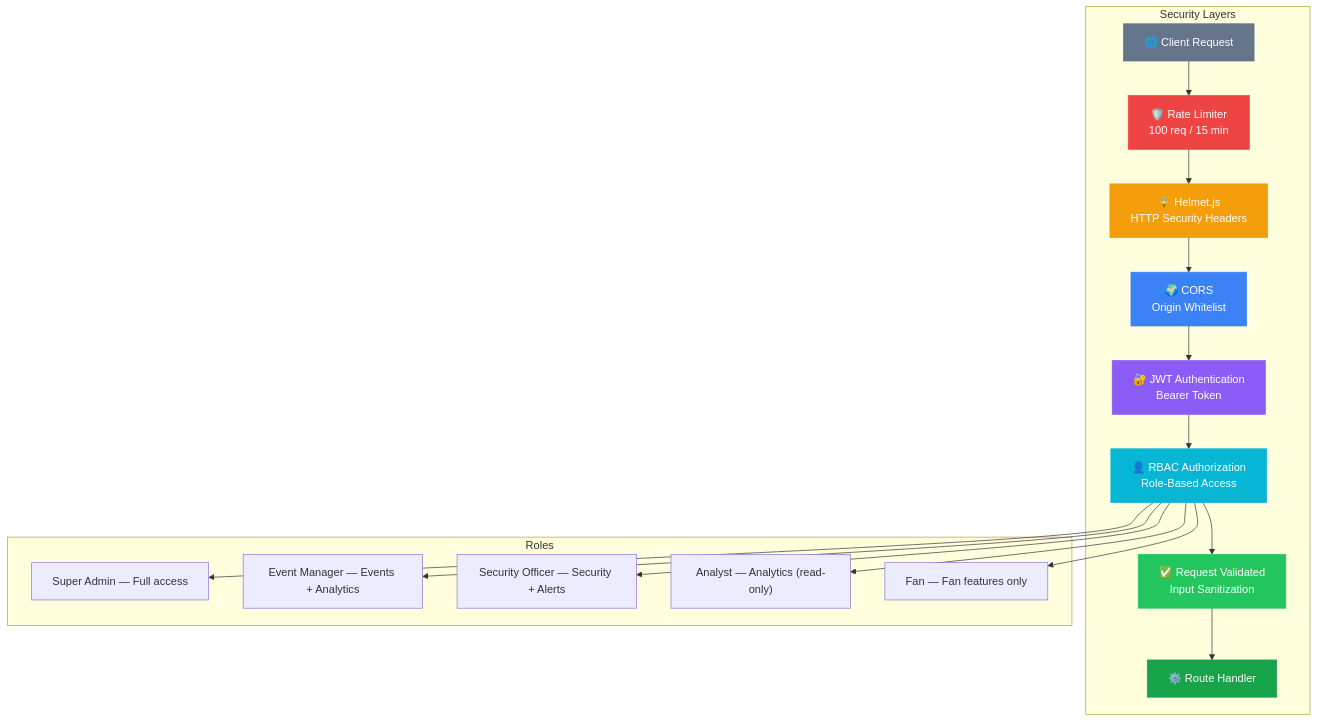
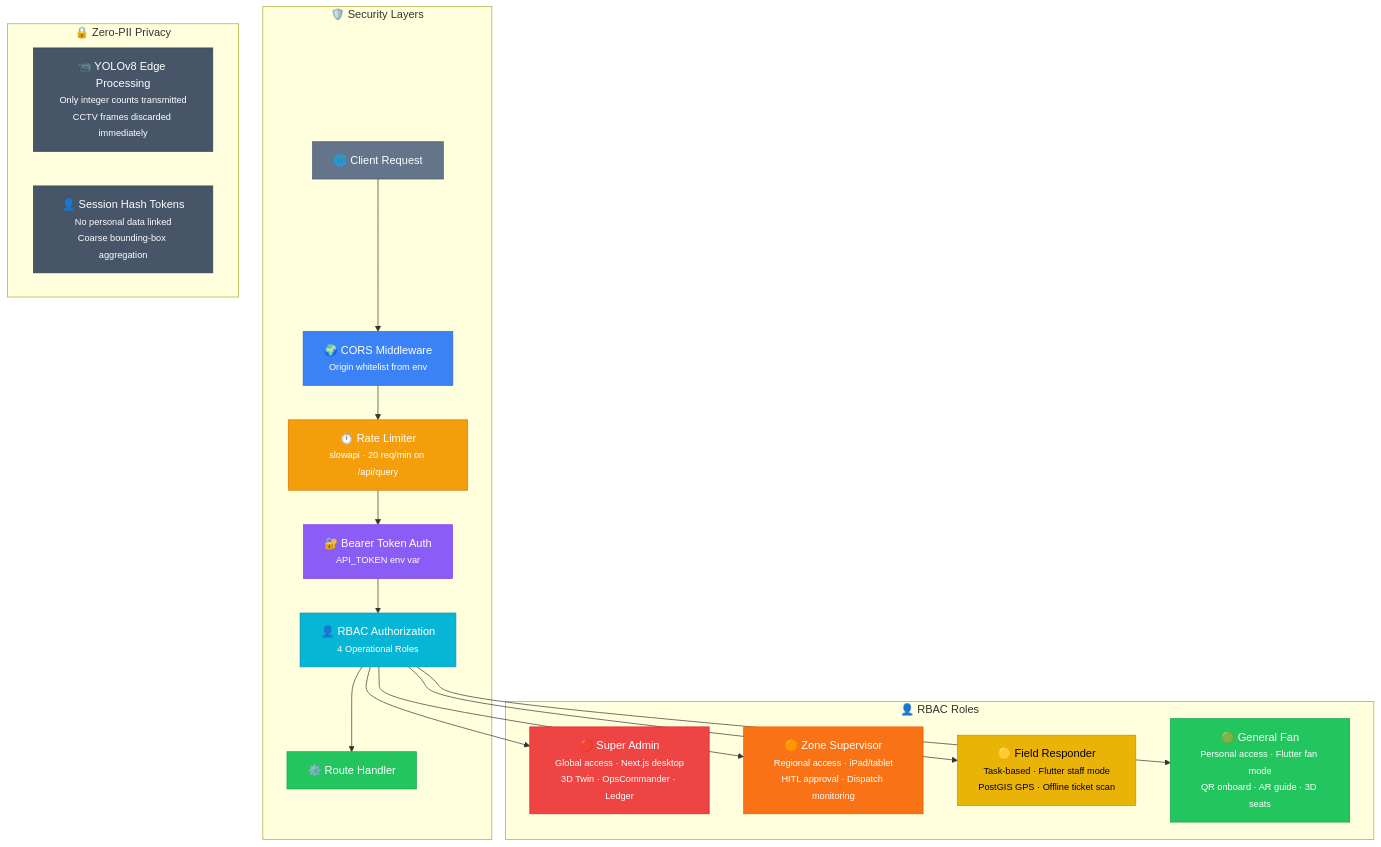
The fifth of 7 diagrams in README.md (dayanandXdarpan/stadiumos), drawn with Mermaid before and after one commit. The commit also changed other lines of this file and 5 other files, not shown here.

````diff
--- a/README.md
+++ b/README.md
@@ -156,35 +373,40 @@
 ```mermaid
 graph TB
-    subgraph Security Layers
-        A["🌐 Client Request"] --> B["🛡️ Rate Limiter<br/>100 req / 15 min"]
-        B --> C["🔒 Helmet.js<br/>HTTP Security Headers"]
-        C --> D["🌍 CORS<br/>Origin Whitelist"]
-        D --> E["🔐 JWT Authentication<br/>Bearer Token"]
-        E --> F["👤 RBAC Authorization<br/>Role-Based Access"]
-        F --> G["✅ Request Validated<br/>Input Sanitization"]
-        G --> H["⚙️ Route Handler"]
+    subgraph "🛡️ Security Layers"
+        A["🌐 Client Request"] --> B["🌍 CORS Middleware<br/><small>Origin whitelist from env</small>"]
+        B --> C["⏱️ Rate Limiter<br/><small>slowapi · 20 req/min on /api/query</small>"]
+        C --> D["🔐 Bearer Token Auth<br/><small>API_TOKEN env var</small>"]
+        D --> E["👤 RBAC Authorization<br/><small>4 Operational Roles</small>"]
+        E --> F["⚙️ Route Handler"]
     end
 
-    subgraph Roles
-        R1["Super Admin — Full access"]
-        R2["Event Manager — Events + Analytics"]
-        R3["Security Officer — Security + Alerts"]
-        R4["Analyst — Analytics (read-only)"]
-        R5["Fan — Fan features only"]
+    subgraph "👤 RBAC Roles"
+        R1["🔴 Super Admin<br/><small>Global access · Next.js desktop</small><br/><small>3D Twin · OpsCommander · Ledger</small>"]
+        R2["🟠 Zone Supervisor<br/><small>Regional access · iPad/tablet</small><br/><small>HITL approval · Dispatch monitoring</small>"]
+        R3["🟡 Field Responder<br/><small>Task-based · Flutter staff mode</small><br/><small>PostGIS GPS · Offline ticket scan</small>"]
+        R4["🟢 General Fan<br/><small>Personal access · Flutter fan mode</small><br/><small>QR onboard · AR guide · 3D seats</small>"]
     end
 
-    F --> R1
-    F --> R2
-    F --> R3
-    F --> R4
-    F --> R5
+    subgraph "🔒 Zero-PII Privacy"
+        P1["📹 YOLOv8 Edge Processing<br/><small>Only integer counts transmitted</small><br/><small>CCTV frames discarded immediately</small>"]
+        P2["👤 Session Hash Tokens<br/><small>No personal data linked</small><br/><small>Coarse bounding-box aggregation</small>"]
+    end
 
-    style A fill:#64748b,stroke:#64748b,color:#fff
-    style B fill:#ef4444,stroke:#ef4444,color:#fff
-    style C fill:#f59e0b,stroke:#f59e0b,color:#fff
-    style D fill:#3b82f6,stroke:#3b82f6,color:#fff
-    style E fill:#8b5cf6,stroke:#8b5cf6,color:#fff
-    style F fill:#06b6d4,stroke:#06b6d4,color:#fff
-    style G fill:#22c55e,stroke:#22c55e,color:#fff
-    style H fill:#16a34a,stroke:#16a34a,color:#fff
+    E --> R1
+    E --> R2
+    E --> R3
+    E --> R4
+
+    style A fill:#64748b,stroke:#475569,color:#fff
+    style B fill:#3b82f6,stroke:#2563eb,color:#fff
+    style C fill:#f59e0b,stroke:#d97706,color:#fff
+    style D fill:#8b5cf6,stroke:#7c3aed,color:#fff
+    style E fill:#06b6d4,stroke:#0891b2,color:#fff
+    style F fill:#22c55e,stroke:#16a34a,color:#fff
+    style R1 fill:#ef4444,stroke:#dc2626,color:#fff
+    style R2 fill:#f97316,stroke:#ea580c,color:#fff
+    style R3 fill:#eab308,stroke:#ca8a04,color:#000
+    style R4 fill:#22c55e,stroke:#16a34a,color:#fff
+    style P1 fill:#475569,stroke:#334155,color:#fff
+    style P2 fill:#475569,stroke:#334155,color:#fff
 ```
````
